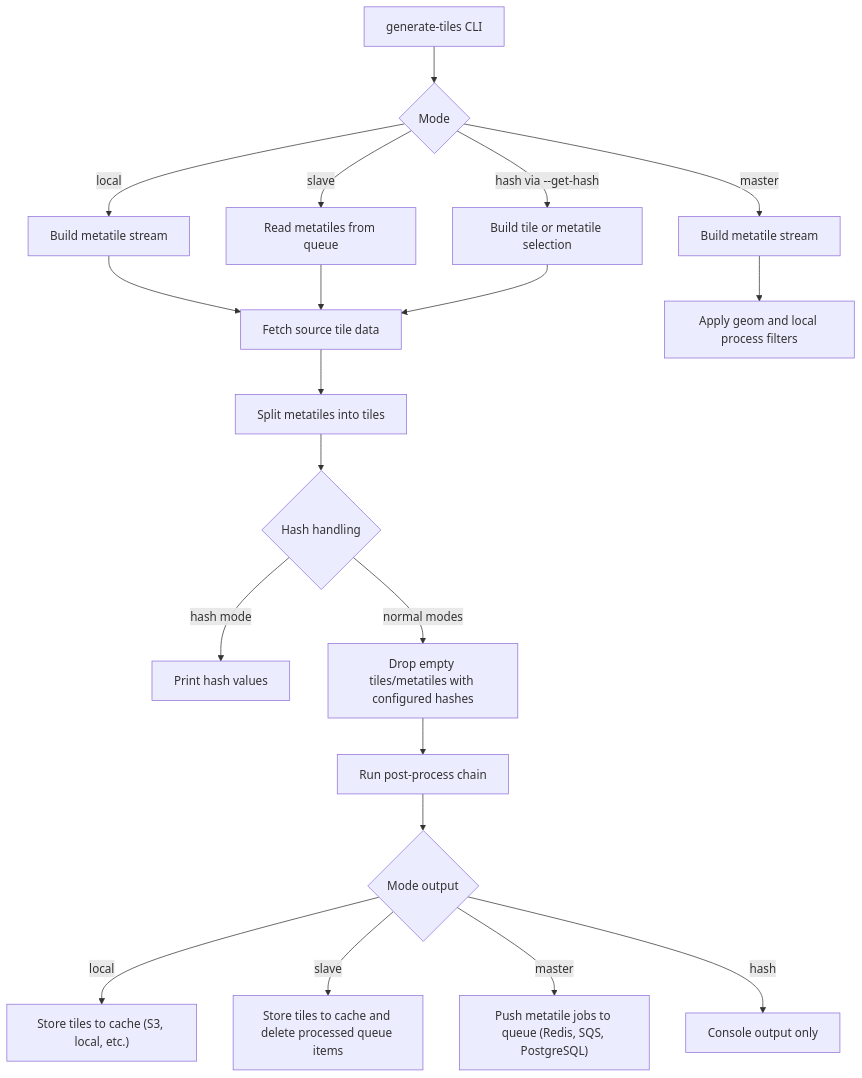
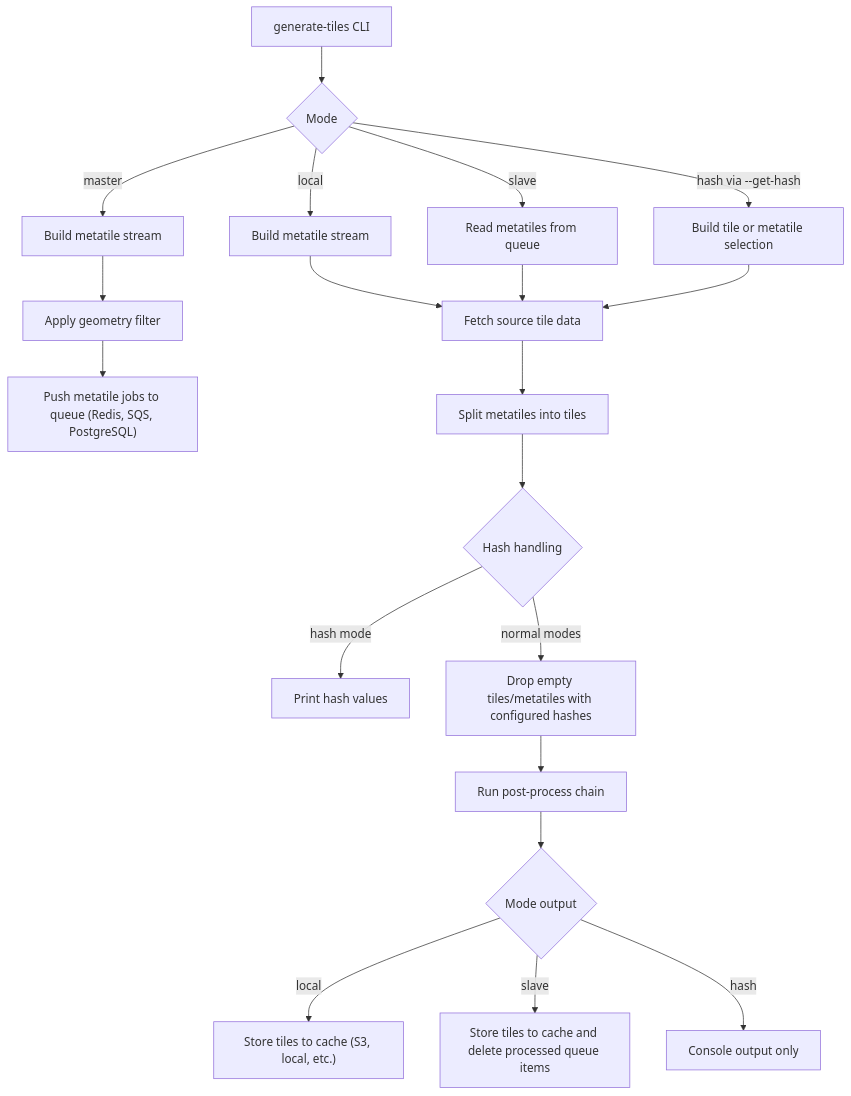
One commit to camptocamp/tilecloud-chain changed the diagram in README.md. Above: the diagram before and after it, drawn with Mermaid.

Commit message:
Clarify master queue step in pipeline graph

````diff
--- a/README.md
+++ b/README.md
@@ -83,28 +83,28 @@
 ```mermaid
 flowchart TD
     A["generate-tiles CLI"] --> B{"Mode"}
 
     B -->|local| L1["Build metatile stream"]
     B -->|master| M1["Build metatile stream"]
     B -->|slave| S1["Read metatiles from queue"]
     B -->|hash via --get-hash| H1["Build tile or metatile selection"]
 
     L1 --> C["Fetch source tile data"]
-    M1 --> M2["Apply geom and local process filters"]
+    M1 --> M2["Apply geometry filter"]
+    M2 --> O3["Push metatile jobs to queue (Redis, SQS, PostgreSQL)"]
     S1 --> C
     H1 --> C
 
     C --> D["Split metatiles into tiles"]
     D --> E{"Hash handling"}
 
     E -->|hash mode| H2["Print hash values"]
     E -->|normal modes| F["Drop empty tiles/metatiles with configured hashes"]
 
     F --> G["Run post-process chain"]
     G --> I{"Mode output"}
 
     I -->|local| O1["Store tiles to cache (S3, local, etc.)"]
     I -->|slave| O2["Store tiles to cache and delete processed queue items"]
-    I -->|master| O3["Push metatile jobs to queue (Redis, SQS, PostgreSQL)"]
     I -->|hash| O4["Console output only"]
 ```
````
